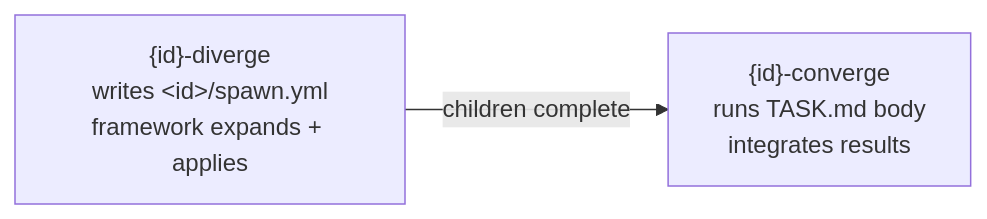
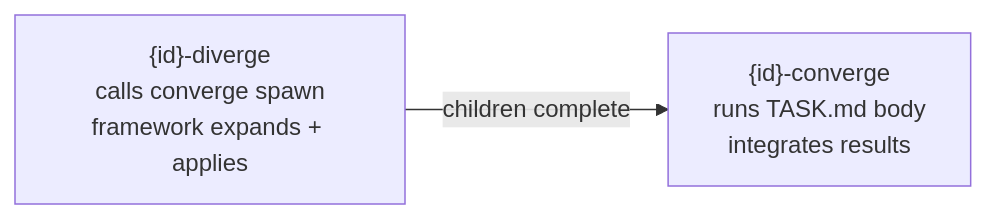
The diagram in docs/concepts/convergence.md (openplaybooks-dev/converge), drawn with Mermaid before and after one commit. The commit also changed other lines of this file and 248 other files, not shown here.

````diff
--- a/docs/concepts/convergence.md
+++ b/docs/concepts/convergence.md
@@ -54,4 +54,4 @@
 ```mermaid
 graph LR
-    D["{id}-diverge<br/>writes &lt;id&gt;/spawn.yml<br/>framework expands + applies"] -->|"children complete"| C["{id}-converge<br/>runs TASK.md body<br/>integrates results"]
+    D["{id}-diverge<br/>calls converge spawn<br/>framework expands + applies"] -->|"children complete"| C["{id}-converge<br/>runs TASK.md body<br/>integrates results"]
 ```
````
